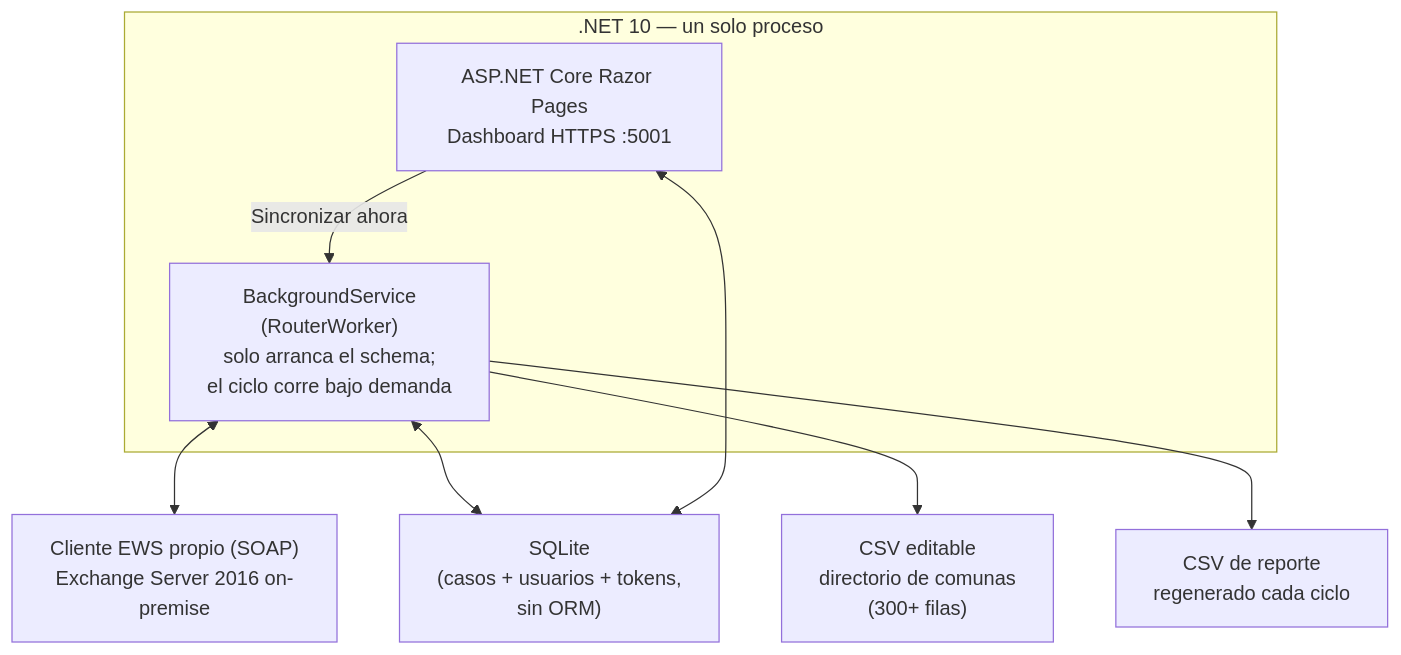
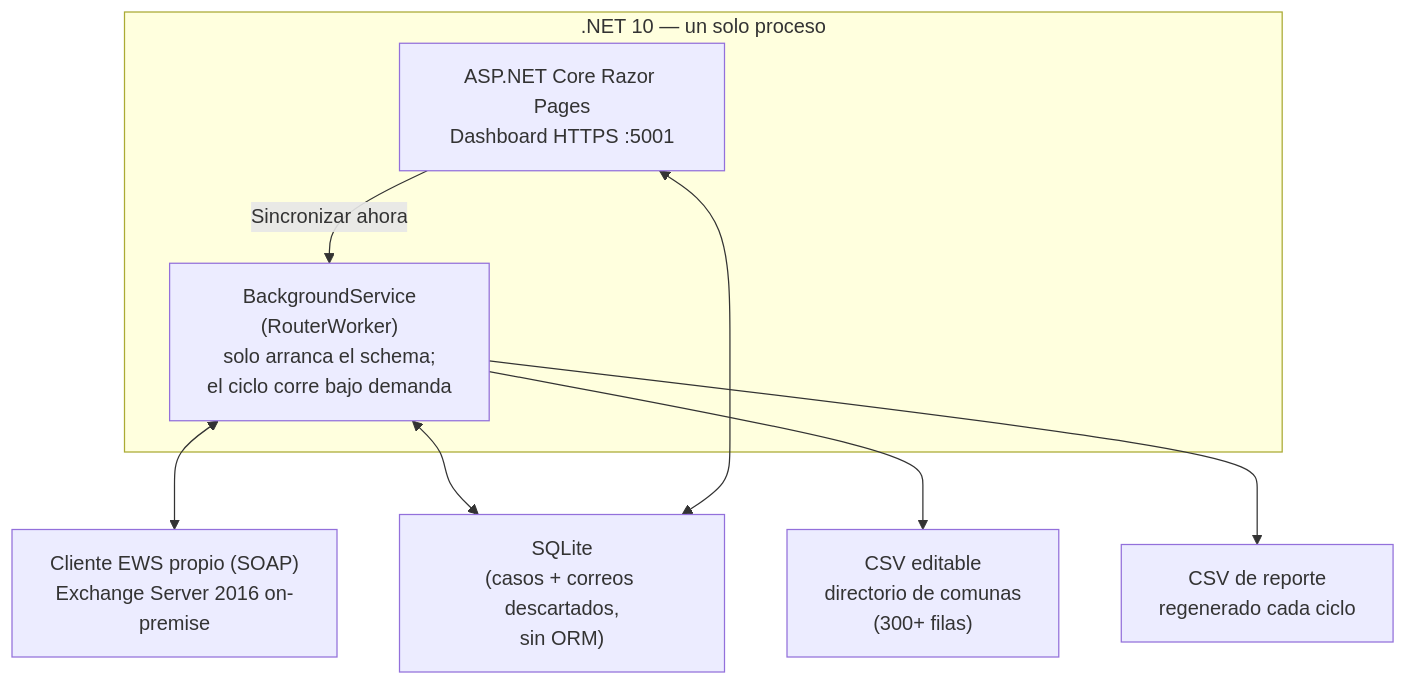
The fifth of 6 diagrams in docs/diagrama-sistema.md (corsal2025/cambio-de-domicilio), drawn with Mermaid before and after one commit. The commit also changed other lines of this file and 67 other files, not shown here.

````diff
--- a/docs/diagrama-sistema.md
+++ b/docs/diagrama-sistema.md
@@ -131,18 +122,18 @@
 ```mermaid
 flowchart TB
     subgraph Proceso[".NET 10 — un solo proceso"]
         BG["BackgroundService<br/>(RouterWorker)<br/>solo arranca el schema;<br/>el ciclo corre bajo demanda"]
         RP["ASP.NET Core Razor Pages<br/>Dashboard HTTPS :5001"]
     end
     EWS["Cliente EWS propio (SOAP)<br/>Exchange Server 2016 on-premise"]
-    SQLITE["SQLite<br/>(casos + usuarios + tokens,<br/>sin ORM)"]
+    SQLITE["SQLite<br/>(casos + correos descartados,<br/>sin ORM)"]
     CSVDIR["CSV editable<br/>directorio de comunas<br/>(300+ filas)"]
     CSVOUT["CSV de reporte<br/>regenerado cada ciclo"]
 
     RP -->|"Sincronizar ahora"| BG
     BG <--> EWS
     BG <--> SQLITE
     BG --> CSVDIR
     BG --> CSVOUT
     RP <--> SQLITE
 ```
````
